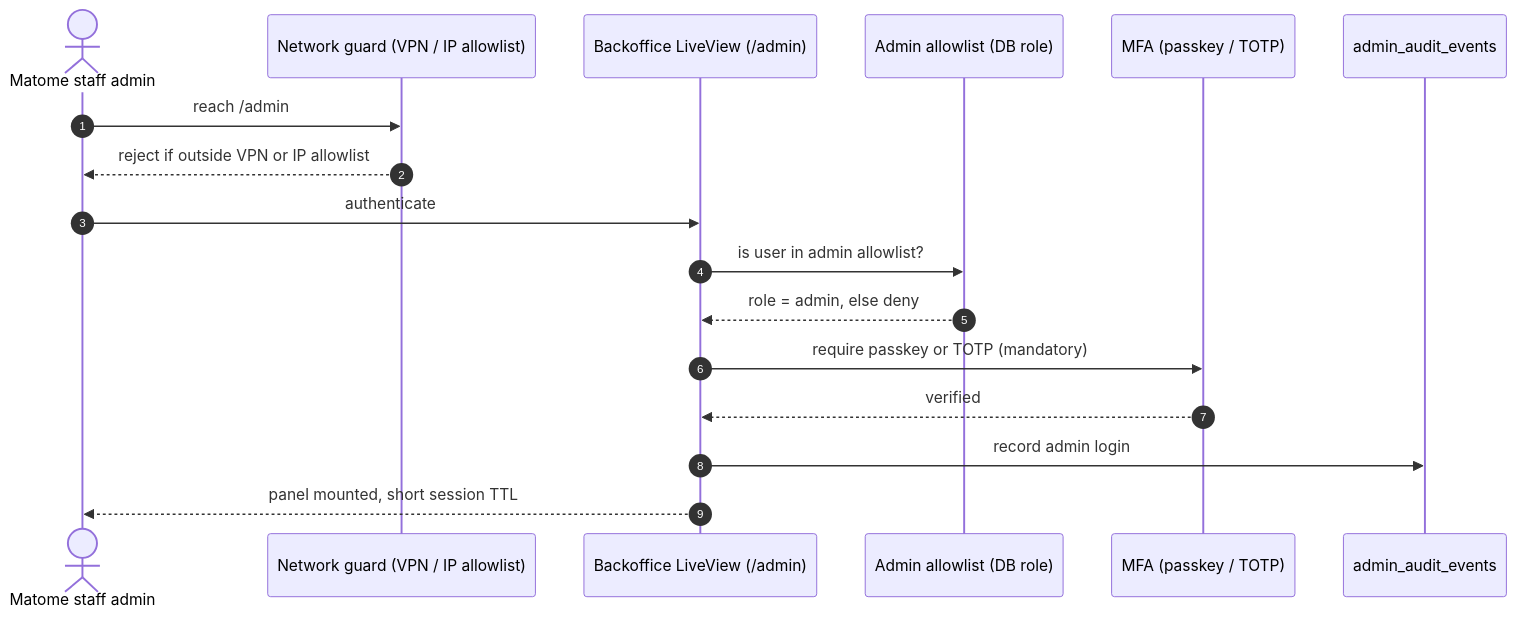
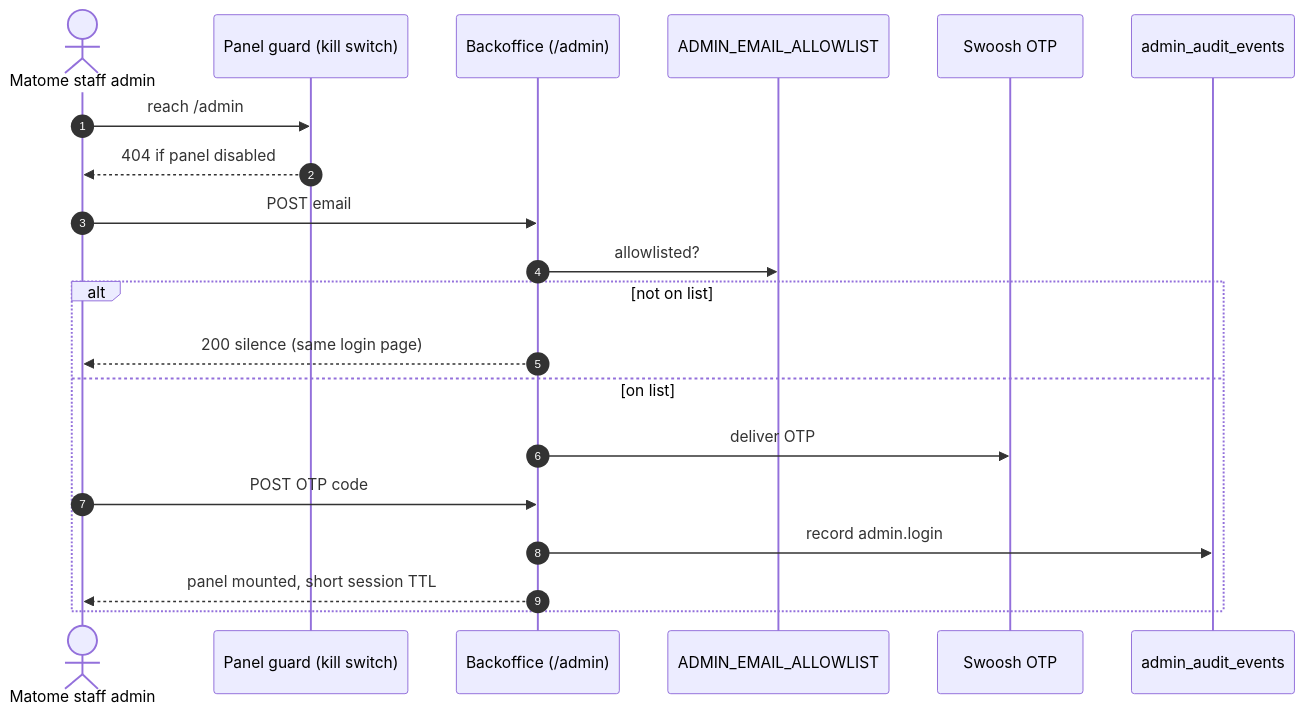
One commit to matome-org/matome-app changed the sixth of 7 diagrams in .docs/internal/at-rest-key-flow.md. Above: the diagram before and after it, drawn with Mermaid. The commit also changed other lines of this file and 9 other files, not shown here.

First line of the commit message:
docs: update architecture, encryption and retention docs

````diff
--- a/.docs/internal/at-rest-key-flow.md
+++ b/.docs/internal/at-rest-key-flow.md
@@ -448,20 +455,23 @@
 ```mermaid
 sequenceDiagram
     autonumber
     actor A as Matome staff admin
-    participant NET as Network guard (VPN / IP allowlist)
-    participant LV as Backoffice LiveView (/admin)
-    participant AL as Admin allowlist (DB role)
-    participant MFA as MFA (passkey / TOTP)
+    participant NET as Panel guard (kill switch)
+    participant LV as Backoffice (/admin)
+    participant AL as ADMIN_EMAIL_ALLOWLIST
+    participant Mail as Swoosh OTP
     participant AUD as admin_audit_events
 
     A->>NET: reach /admin
-    NET-->>A: reject if outside VPN or IP allowlist
-    A->>LV: authenticate
-    LV->>AL: is user in admin allowlist?
-    AL-->>LV: role = admin, else deny
-    LV->>MFA: require passkey or TOTP (mandatory)
-    MFA-->>LV: verified
-    LV->>AUD: record admin login
-    LV-->>A: panel mounted, short session TTL
+    NET-->>A: 404 if panel disabled
+    A->>LV: POST email
+    LV->>AL: allowlisted?
+    alt not on list
+        LV-->>A: 200 silence (same login page)
+    else on list
+        LV->>Mail: deliver OTP
+        A->>LV: POST OTP code
+        LV->>AUD: record admin.login
+        LV-->>A: panel mounted, short session TTL
+    end
 ```
````
